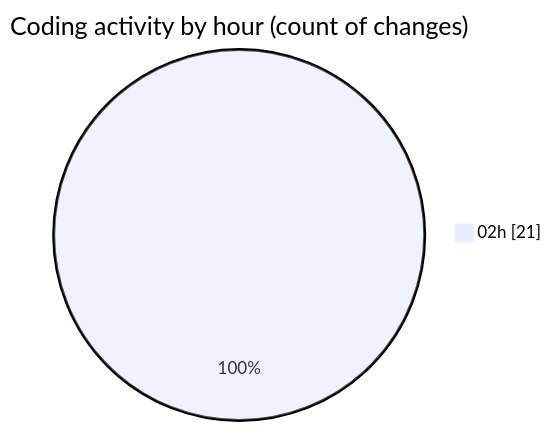
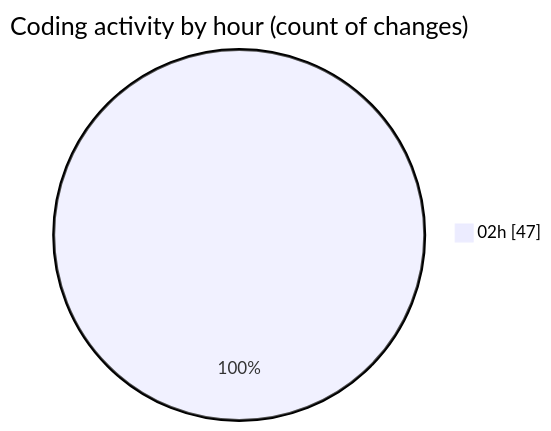
Before and after one commit to EIIisD/code-tracking: the second of 2 diagrams in 2025-07-20/defer/README.md, drawn with Mermaid. The commit also changed other lines of this file and 1 other file, not shown here.

````diff
--- a/2025-07-20/defer/README.md
+++ b/2025-07-20/defer/README.md
@@ -28,5 +41,5 @@
 ```mermaid
 pie showData
 title Coding activity by hour (count of changes)
-"02h" : 21
+"02h" : 47
 ```
````
